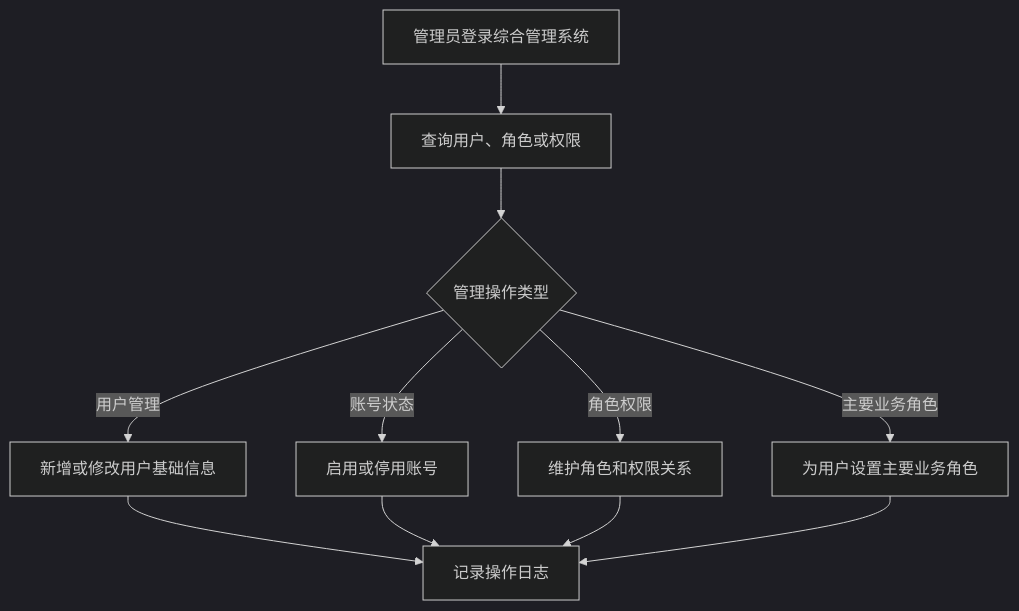
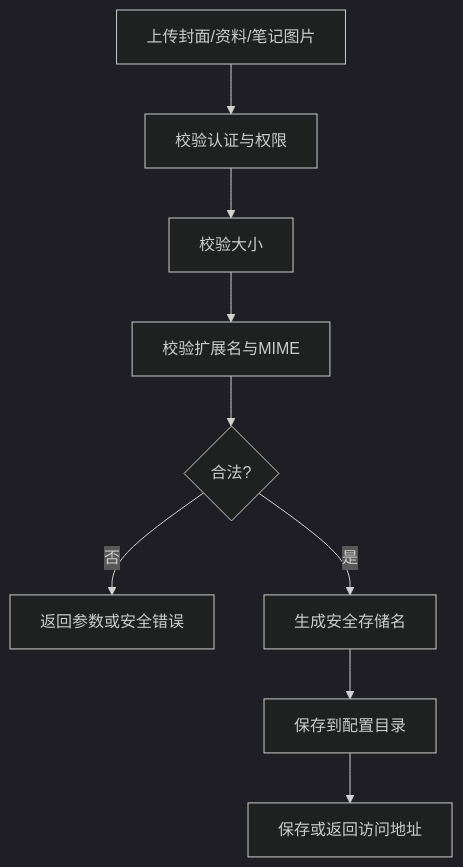
Before and after one commit to thesantaana/Care-Nexus: the tenth of 10 diagrams in docs/requirements/业务流程.md, drawn with Mermaid (dark theme). The commit also changed other lines of this file, not shown here.

````diff
--- a/docs/requirements/业务流程.md
+++ b/docs/requirements/业务流程.md
@@ -345,13 +194,11 @@
 ```mermaid
 flowchart TD
-    A["管理员登录综合管理系统"] --> B["查询用户、角色或权限"]
-    B --> C{"管理操作类型"}
-    C -- "用户管理" --> D["新增或修改用户基础信息"]
-    C -- "账号状态" --> E["启用或停用账号"]
-    C -- "角色权限" --> F["维护角色和权限关系"]
-    C -- "主要业务角色" --> G["为用户设置主要业务角色"]
-    D --> H["记录操作日志"]
-    E --> H
-    F --> H
-    G --> H
+    A[上传封面/资料/笔记图片] --> B[校验认证与权限]
+    B --> C[校验大小]
+    C --> D[校验扩展名与MIME]
+    D --> E{合法?}
+    E -- 否 --> F[返回参数或安全错误]
+    E -- 是 --> G[生成安全存储名]
+    G --> H[保存到配置目录]
+    H --> I[保存或返回访问地址]
 ```
````
